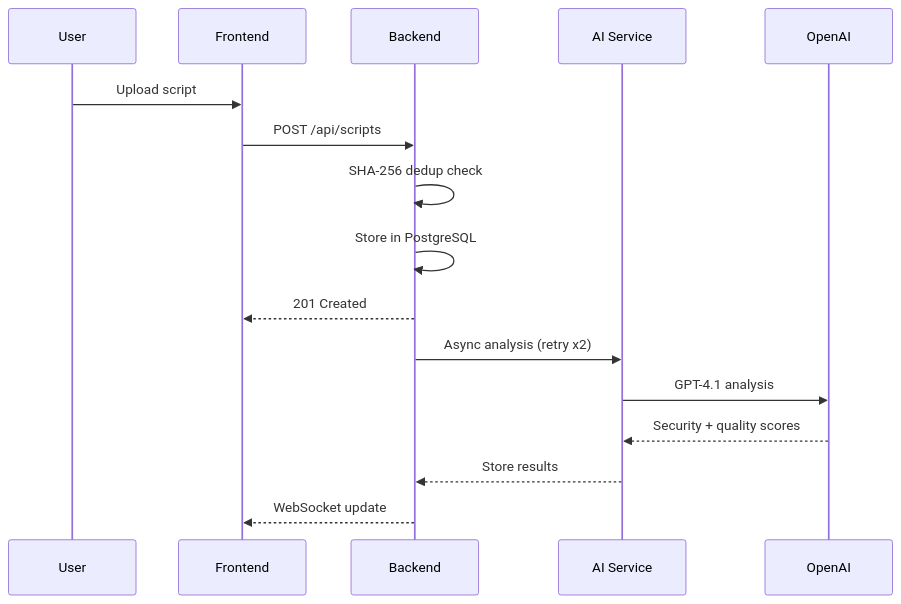
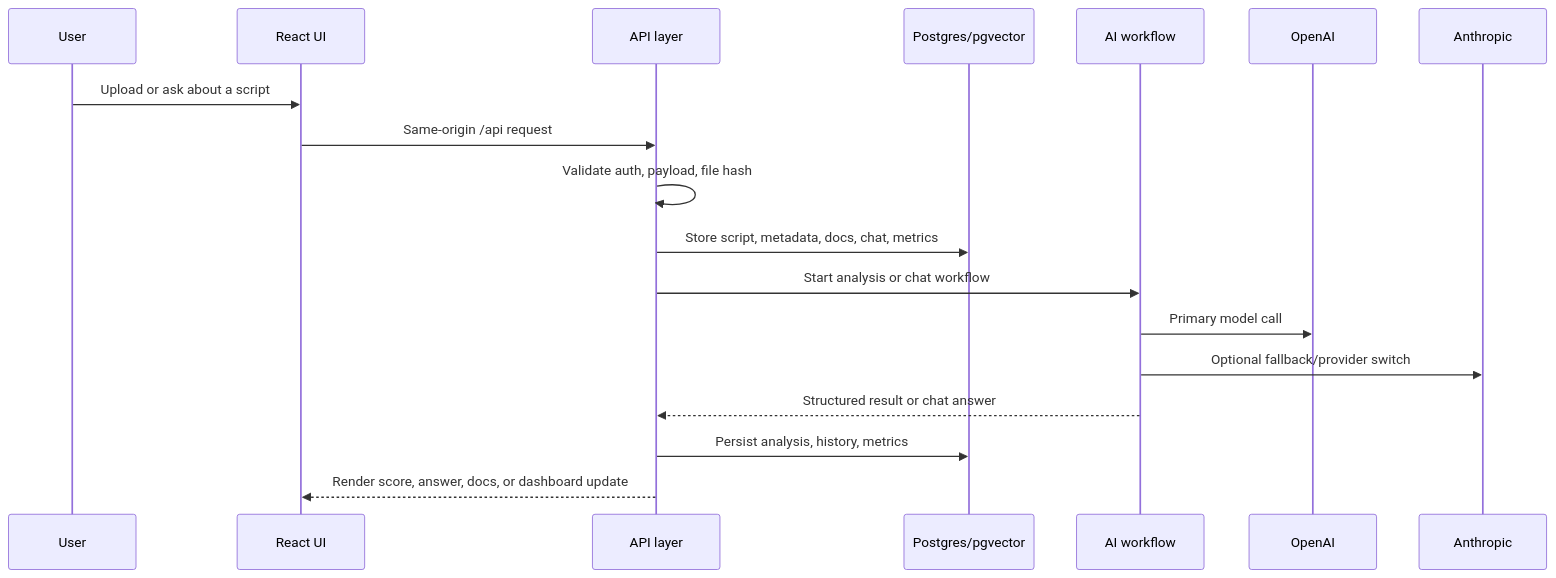
Before and after one commit to Morlock52/psscript: the second of 2 diagrams in README.md, drawn with Mermaid. The commit also changed other lines of this file and 67 other files, not shown here.

````diff
--- a/README.md
+++ b/README.md
@@ -107,19 +106,21 @@
 ```mermaid
 sequenceDiagram
     participant User
-    participant Frontend
-    participant Backend
-    participant AI Service
+    participant UI as React UI
+    participant API as API layer
+    participant DB as Postgres/pgvector
+    participant AI as AI workflow
     participant OpenAI
+    participant Claude as Anthropic
 
-    User->>Frontend: Upload script
-    Frontend->>Backend: POST /api/scripts
-    Backend->>Backend: SHA-256 dedup check
-    Backend->>Backend: Store in PostgreSQL
-    Backend-->>Frontend: 201 Created
-    Backend->>AI Service: Async analysis (retry x2)
-    AI Service->>OpenAI: GPT-4.1 analysis
-    OpenAI-->>AI Service: Security + quality scores
-    AI Service-->>Backend: Store results
-    Backend-->>Frontend: WebSocket update
+    User->>UI: Upload or ask about a script
+    UI->>API: Same-origin /api request
+    API->>API: Validate auth, payload, file hash
+    API->>DB: Store script, metadata, docs, chat, metrics
+    API->>AI: Start analysis or chat workflow
+    AI->>OpenAI: Primary model call
+    AI->>Claude: Optional fallback/provider switch
+    AI-->>API: Structured result or chat answer
+    API->>DB: Persist analysis, history, metrics
+    API-->>UI: Render score, answer, docs, or dashboard update
 ```
````
